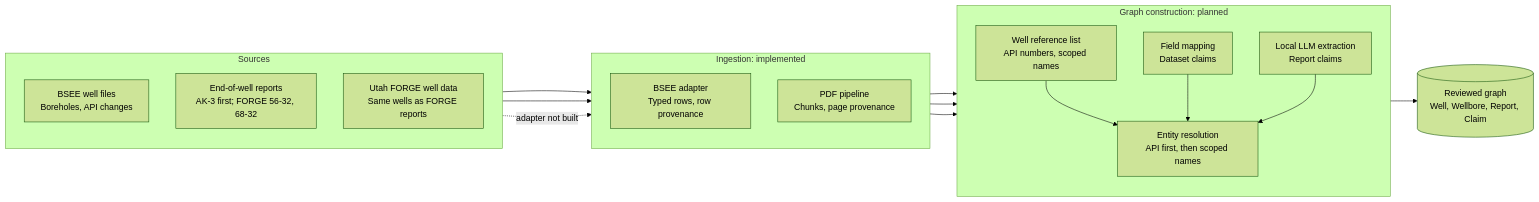
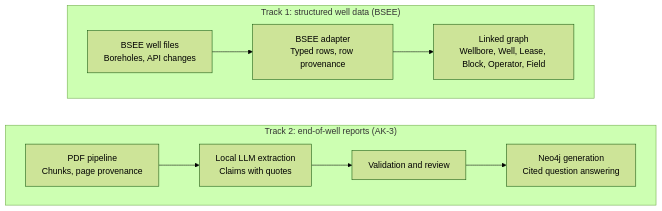
One commit to thaitri2005/Secure-O-G-LLM-and-Knowledge-Graph changed the diagram in docs/DATA_SOURCES.md. Above: the diagram before and after it, drawn with Mermaid (forest theme). The commit also changed other lines of this file and 40 other files, not shown here.

First line of the commit message:
Add BSEE linked graph and architecture prototype; reframe docs as two tracks

````diff
--- a/docs/DATA_SOURCES.md
+++ b/docs/DATA_SOURCES.md
@@ -19,30 +19,15 @@
 ```mermaid
-flowchart LR
-    subgraph SRC["Sources"]
-        direction TB
-        B["BSEE well files<br/>Boreholes, API changes"]
-        R["End-of-well reports<br/>AK-3 first; FORGE 56-32, 68-32"]
-        F["Utah FORGE well data<br/>Same wells as FORGE reports"]
+flowchart TB
+    subgraph T1["Track 1: structured well data (BSEE)"]
+        direction LR
+        B1["BSEE well files<br/>Boreholes, API changes"] --> B2["BSEE adapter<br/>Typed rows, row provenance"]
+        B2 --> B3["Linked graph<br/>Wellbore, Well, Lease, Block, Operator, Field"]
     end
-    subgraph ING["Ingestion: implemented"]
-        direction TB
-        BI["BSEE adapter<br/>Typed rows, row provenance"]
-        PI["PDF pipeline<br/>Chunks, page provenance"]
+    subgraph T2["Track 2: end-of-well reports (AK-3)"]
+        direction LR
+        R1["PDF pipeline<br/>Chunks, page provenance"] --> R2["Local LLM extraction<br/>Claims with quotes"]
+        R2 --> R3["Validation and review"]
+        R3 --> R4["Neo4j generation<br/>Cited question answering"]
     end
-    subgraph KG["Graph construction: planned"]
-        direction TB
-        REF["Well reference list<br/>API numbers, scoped names"]
-        MAP["Field mapping<br/>Dataset claims"]
-        EX["Local LLM extraction<br/>Report claims"]
-        ER["Entity resolution<br/>API first, then scoped names"]
-    end
-    B --> BI
-    BI --> REF
-    BI --> MAP
-    R --> PI --> EX
-    F -. "adapter not built" .-> BI
-    REF --> ER
-    MAP --> ER
-    EX --> ER
-    ER --> G[("Reviewed graph<br/>Well, Wellbore, Report, Claim")]
+    T1 ~~~ T2
 ```
````
